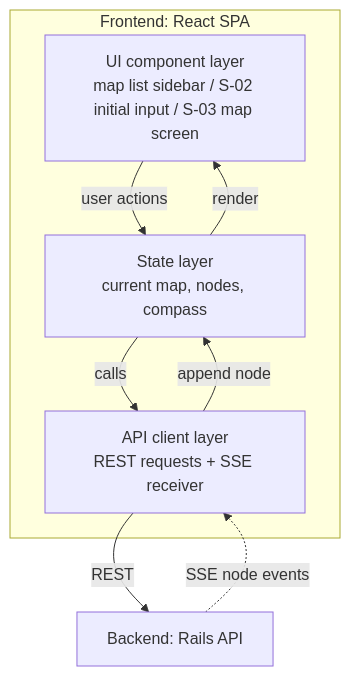
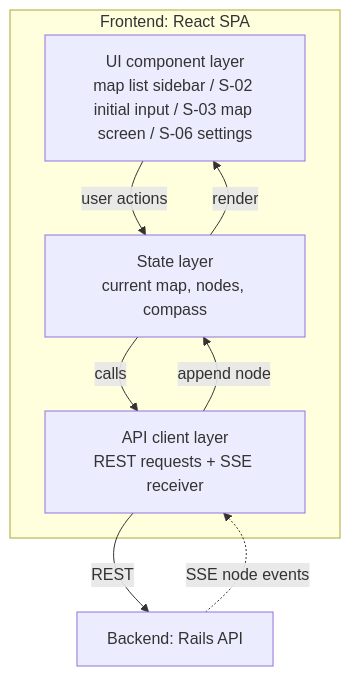
Before and after one commit to ryuma-1/Campass: the first of 2 diagrams in .claude/rules/code/frontend.md, drawn with Mermaid. The commit also changed other lines of this file and 8 other files, not shown here.

````diff
--- a/.claude/rules/code/frontend.md
+++ b/.claude/rules/code/frontend.md
@@ -7,16 +7,16 @@
 ```mermaid
 graph TD
     subgraph FE[Frontend: React SPA]
-        UI["UI component layer<br/>map list sidebar / S-02 initial input / S-03 map screen"]
+        UI["UI component layer<br/>map list sidebar / S-02 initial input / S-03 map screen / S-06 settings"]
         State["State layer<br/>current map, nodes, compass"]
         API["API client layer<br/>REST requests + SSE receiver"]
     end
     BE[Backend: Rails API]
 
     UI -->|user actions| State
     State -->|render| UI
     State -->|calls| API
     API -->|REST| BE
     BE -.->|SSE node events| API
     API -->|append node| State
 ```
````
